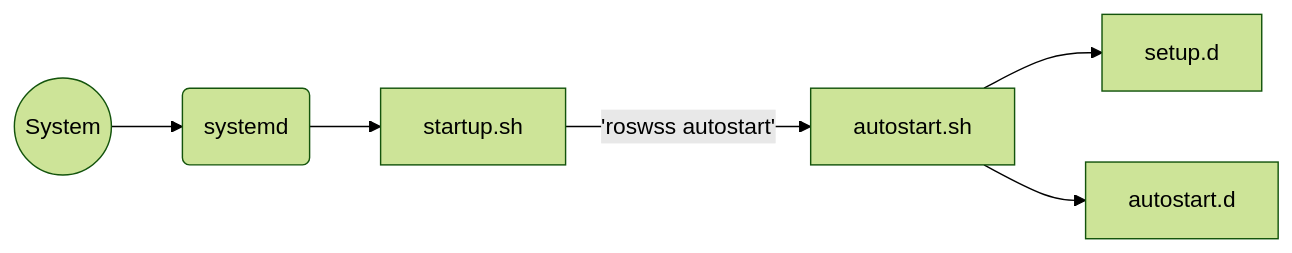
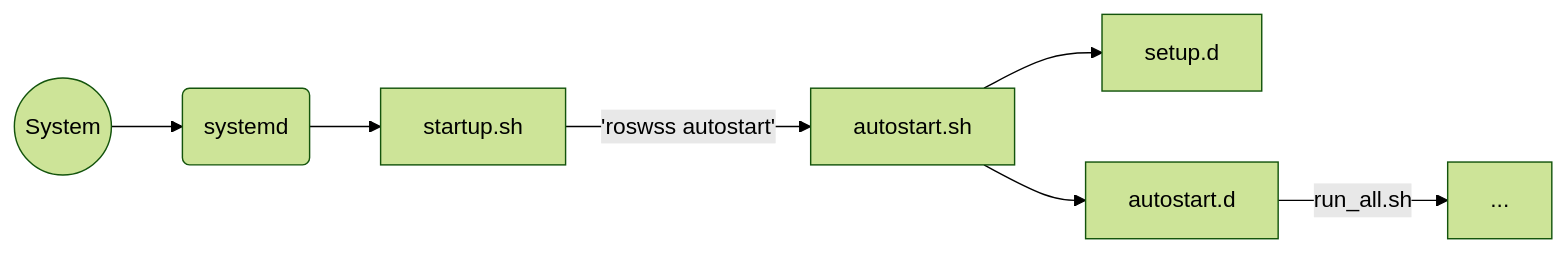
Before and after one commit to tu-darmstadt-ros-pkg/workspace_scripts: the diagram in README.md, drawn with Mermaid (forest theme). The commit also changed other lines of this file, not shown here.

````diff
--- a/README.md
+++ b/README.md
@@ -183,8 +184,9 @@
 ```mermaid
 graph LR
 X((System)) --> A
 A(systemd) --> B
 B[startup.sh] -- 'roswss autostart' --> C
 C[autostart.sh] --> D[setup.d]
-C --> E[autostart.d]
+C --> E
+E[autostart.d] -- run_all.sh --> F[...]
 ```
````
